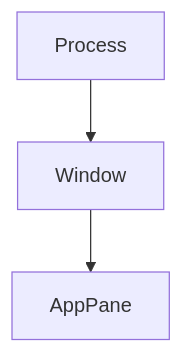
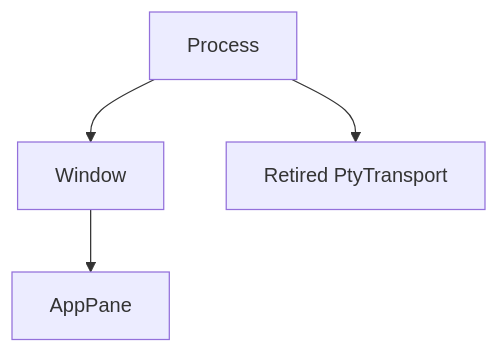
One commit to D0n9X1n/SonicTerm changed the diagram in wiki/Memory.md. Above: the diagram before and after it, drawn with Mermaid. The commit also changed other lines of this file and 43 other files, not shown here.

````diff
--- a/wiki/Memory.md
+++ b/wiki/Memory.md
@@ -82,5 +82,6 @@
 ```mermaid
 flowchart TD
     process["Process"] --> window["Window"]
     window --> pane["AppPane"]
+    process --> retired["Retired PtyTransport"]
 ```
````
